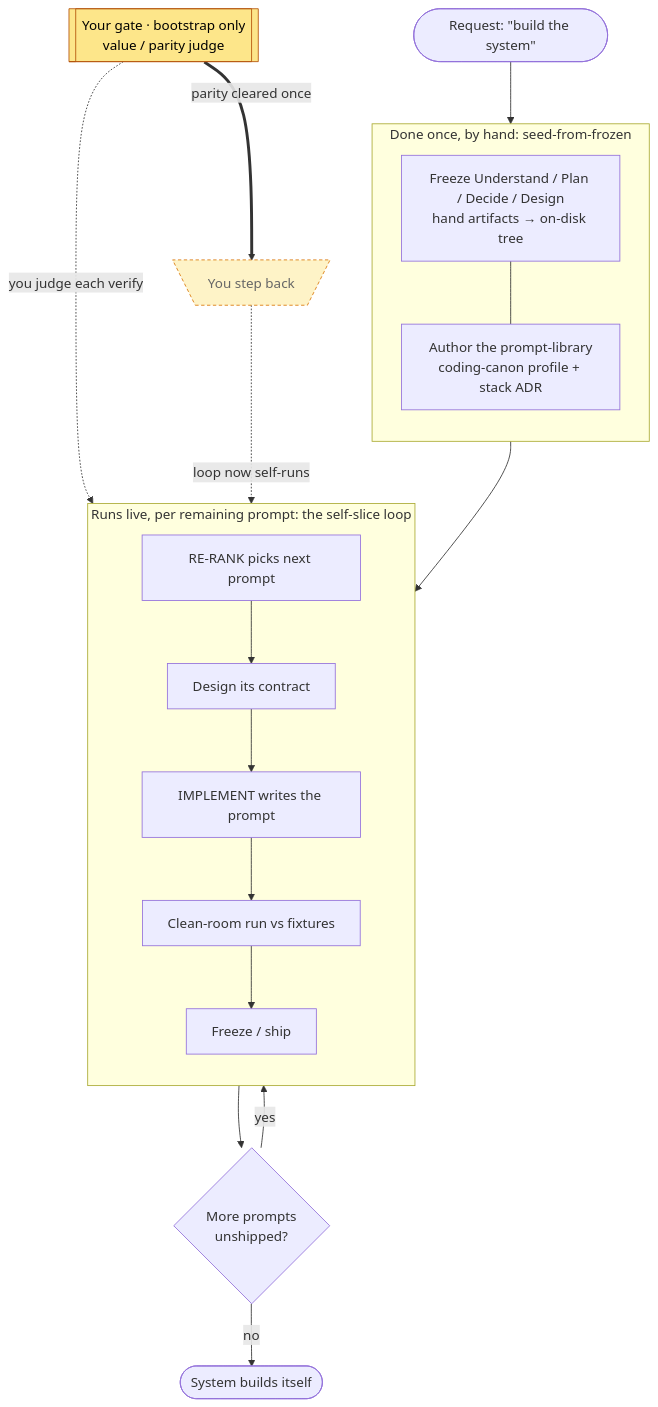
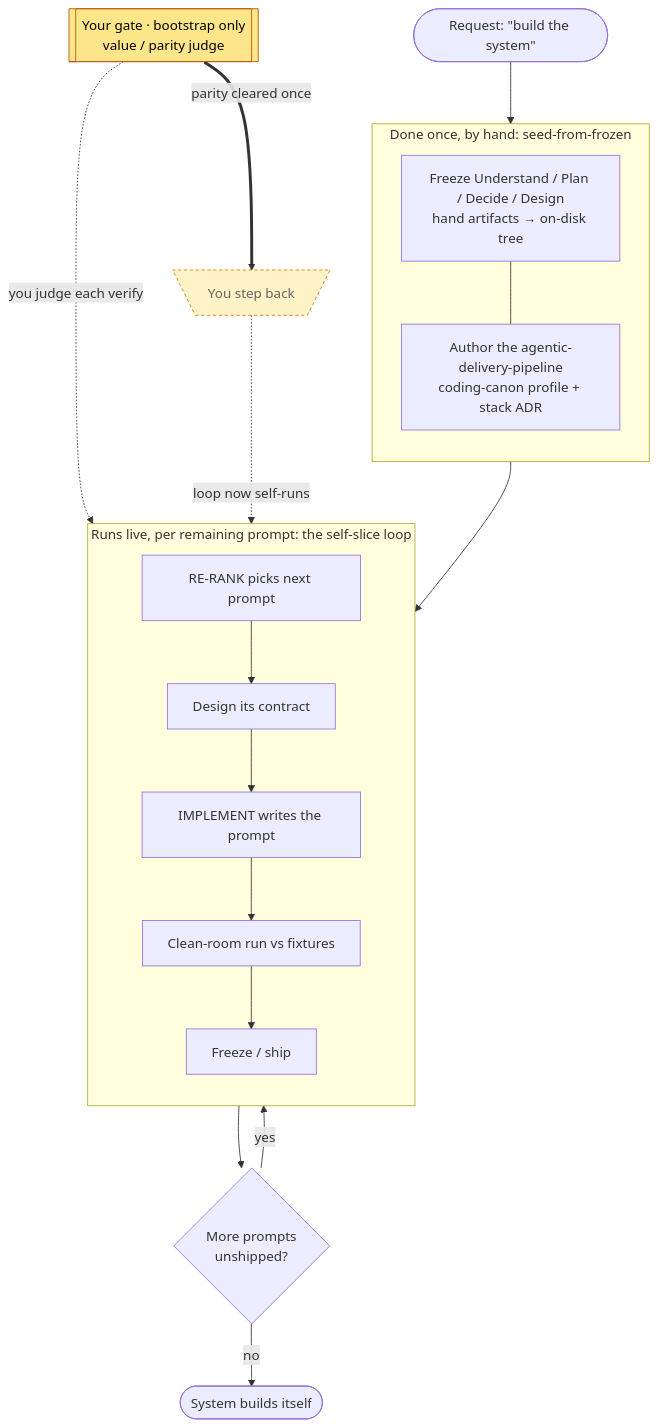
One commit to iiezhachenko/agentic-delivery-system changed the second of 3 diagrams in _self-host-migration/self-host-workflow.md. Above: the diagram before and after it, drawn with Mermaid. The commit also changed other lines of this file and 6 other files, not shown here.

Commit message:
Implement stack ADR for agentic delivery pipeline, updating migration specifications and self-hosting documentation. This includes defining the coding-canon profile and ensuring the system's architecture supports the new deliverable target. Resolved D21, enhancing the self-host migration process.

````diff
--- a/_self-host-migration/self-host-workflow.md
+++ b/_self-host-migration/self-host-workflow.md
@@ -65,33 +65,33 @@
 ```mermaid
 flowchart TD
     REQ([Request: &quot;build the system&quot;])
 
     subgraph SEED [Done once, by hand: seed-from-frozen]
         direction TB
         F1[Freeze Understand / Plan / Decide / Design<br/>hand artifacts → on-disk tree]
-        F2[Author the prompt-library<br/>coding-canon profile + stack ADR]
+        F2[Author the agentic-delivery-pipeline<br/>coding-canon profile + stack ADR]
         F1 --- F2
     end
 
     subgraph LOOP [Runs live, per remaining prompt: the self-slice loop]
         direction TB
         PICK[RE-RANK picks next prompt] --> DESIGN[Design its contract]
         DESIGN --> WRITE[IMPLEMENT writes the prompt]
         WRITE --> VERIFY[Clean-room run vs fixtures]
         VERIFY --> FREEZE[Freeze / ship]
     end
 
     REQ --> SEED --> PICK
     FREEZE --> Q{More prompts<br/>unshipped?}
     Q -->|yes| PICK
     Q -->|no| OUT([System builds itself])
 
     GATE[[Your gate · bootstrap only<br/>value / parity judge]] -. "you judge each verify" .-> VERIFY
     GATE == "parity cleared once" ==> STEP[\You step back/]
     STEP -. "loop now self-runs" .-> VERIFY
 
     classDef you fill:#fde68a,stroke:#b45309,color:#000;
     classDef faded fill:#fef3c7,stroke:#d97706,color:#666,stroke-dasharray:4 3;
     class GATE you;
     class STEP faded;
 ```
````
